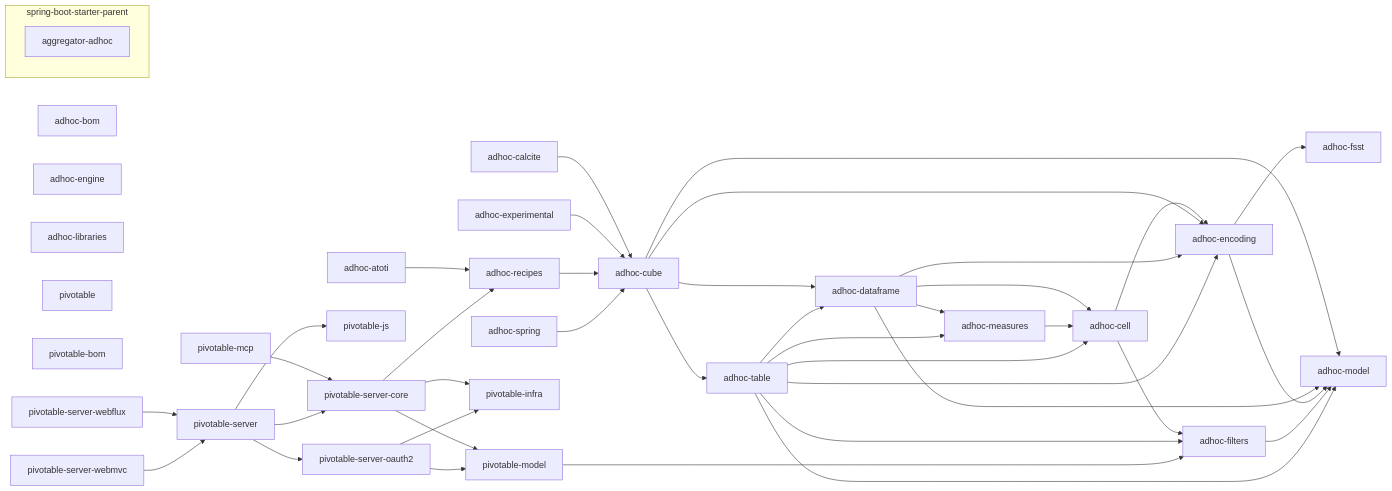
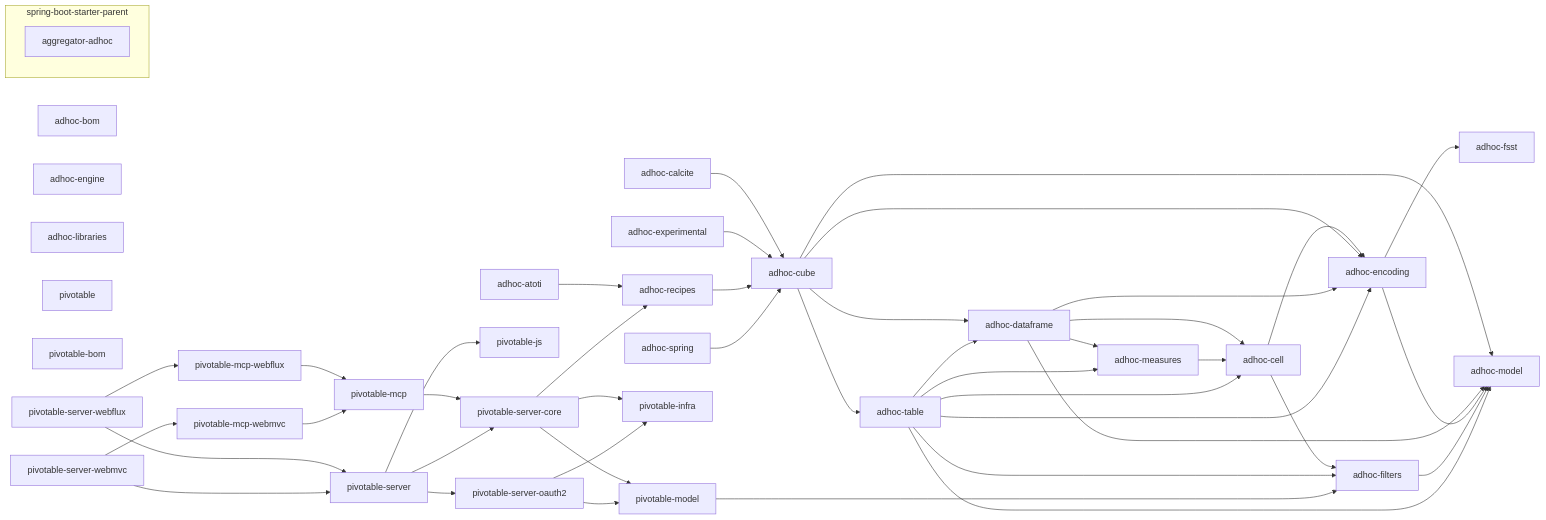
One commit to solven-eu/adhoc changed the diagram in docs/DEPENDENCIES.mmd. Above: the diagram before and after it, drawn with Mermaid. The commit also changed 97 other files, not shown here.

```diff
--- a/docs/DEPENDENCIES.mmd
+++ b/docs/DEPENDENCIES.mmd
@@ -1,71 +1,77 @@
 flowchart LR
     adhoc_atoti["adhoc-atoti"]
     adhoc_bom["adhoc-bom"]
     adhoc_calcite["adhoc-calcite"]
     adhoc_cell["adhoc-cell"]
     adhoc_cube["adhoc-cube"]
     adhoc_dataframe["adhoc-dataframe"]
     adhoc_encoding["adhoc-encoding"]
     adhoc_engine["adhoc-engine"]
     adhoc_experimental["adhoc-experimental"]
     adhoc_filters["adhoc-filters"]
     adhoc_fsst["adhoc-fsst"]
     adhoc_libraries["adhoc-libraries"]
     adhoc_measures["adhoc-measures"]
     adhoc_model["adhoc-model"]
     adhoc_recipes["adhoc-recipes"]
     adhoc_spring["adhoc-spring"]
     adhoc_table["adhoc-table"]
     pivotable["pivotable"]
     pivotable_bom["pivotable-bom"]
     pivotable_infra["pivotable-infra"]
     pivotable_js["pivotable-js"]
     pivotable_mcp["pivotable-mcp"]
+    pivotable_mcp_webflux["pivotable-mcp-webflux"]
+    pivotable_mcp_webmvc["pivotable-mcp-webmvc"]
     pivotable_model["pivotable-model"]
     pivotable_server["pivotable-server"]
     pivotable_server_core["pivotable-server-core"]
     pivotable_server_oauth2["pivotable-server-oauth2"]
     pivotable_server_webflux["pivotable-server-webflux"]
     pivotable_server_webmvc["pivotable-server-webmvc"]
 
     subgraph spring-boot-starter-parent
         aggregator_adhoc["aggregator-adhoc"]
     end
 
     adhoc_atoti --> adhoc_recipes
     adhoc_calcite --> adhoc_cube
     adhoc_cell --> adhoc_encoding
     adhoc_cell --> adhoc_filters
     adhoc_cube --> adhoc_dataframe
     adhoc_cube --> adhoc_encoding
     adhoc_cube --> adhoc_model
     adhoc_cube --> adhoc_table
     adhoc_dataframe --> adhoc_cell
     adhoc_dataframe --> adhoc_encoding
     adhoc_dataframe --> adhoc_measures
     adhoc_dataframe --> adhoc_model
     adhoc_encoding --> adhoc_fsst
     adhoc_encoding --> adhoc_model
     adhoc_experimental --> adhoc_cube
     adhoc_filters --> adhoc_model
     adhoc_measures --> adhoc_cell
     adhoc_recipes --> adhoc_cube
     adhoc_spring --> adhoc_cube
     adhoc_table --> adhoc_cell
     adhoc_table --> adhoc_dataframe
     adhoc_table --> adhoc_encoding
     adhoc_table --> adhoc_filters
     adhoc_table --> adhoc_measures
     adhoc_table --> adhoc_model
     pivotable_mcp --> pivotable_server_core
+    pivotable_mcp_webflux --> pivotable_mcp
+    pivotable_mcp_webmvc --> pivotable_mcp
     pivotable_model --> adhoc_filters
     pivotable_server --> pivotable_js
     pivotable_server --> pivotable_server_core
     pivotable_server --> pivotable_server_oauth2
     pivotable_server_core --> adhoc_recipes
     pivotable_server_core --> pivotable_infra
     pivotable_server_core --> pivotable_model
     pivotable_server_oauth2 --> pivotable_infra
     pivotable_server_oauth2 --> pivotable_model
+    pivotable_server_webflux --> pivotable_mcp_webflux
     pivotable_server_webflux --> pivotable_server
+    pivotable_server_webmvc --> pivotable_mcp_webmvc
     pivotable_server_webmvc --> pivotable_server
```
